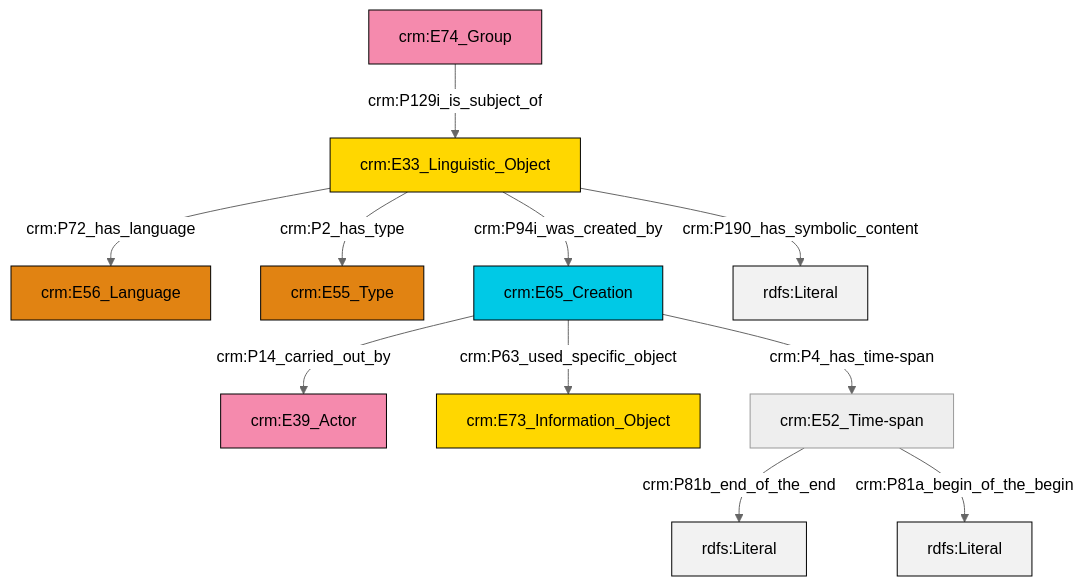
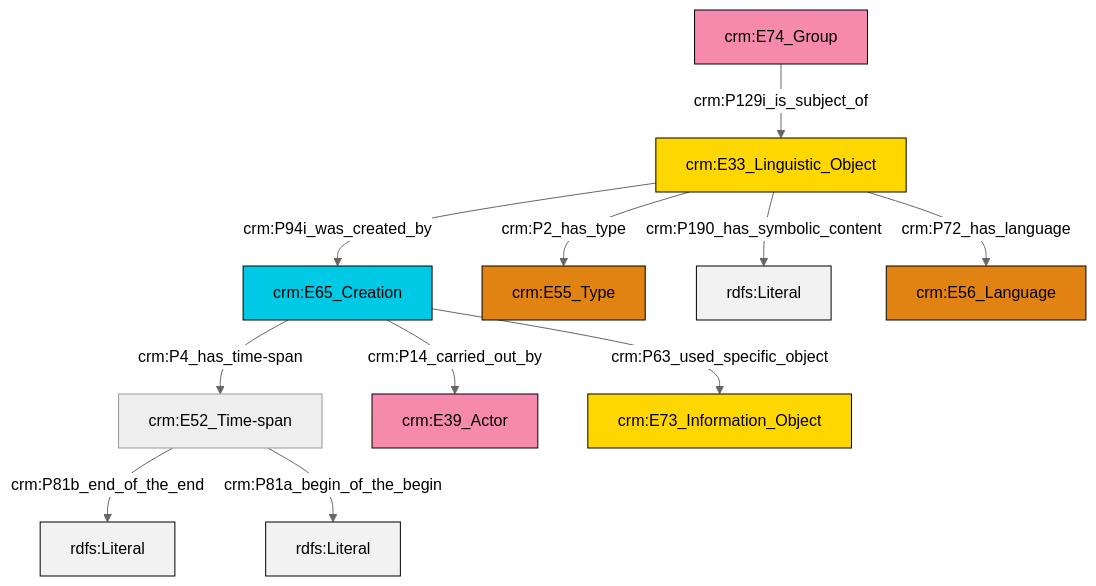
One commit to swiss-art-research-net/docs.swissartresearch changed the diagram in et/groupCSV/ttl/mmd/group_description.ttl.mmd. Above: the diagram before and after it, drawn with Mermaid (neutral theme). The commit also changed 171 other files, not shown here.

```diff
--- a/et/groupCSV/ttl/mmd/group_description.ttl.mmd
+++ b/et/groupCSV/ttl/mmd/group_description.ttl.mmd
@@ -1,25 +1,25 @@
 graph TD
 classDef Literal fill:#f2f2f2,stroke:#000000;
 classDef CRM_Entity fill:#FFFFFF,stroke:#000000;
 classDef Temporal_Entity fill:#00C9E6, stroke:#000000;
 classDef Type fill:#E18312, stroke:#000000;
 classDef Time-Span fill:#2C9C91, stroke:#000000;
 classDef Appellation fill:#FFEB7F, stroke:#000000;
 classDef Place fill:#008836, stroke:#000000;
 classDef Persistent_Item fill:#B266B2, stroke:#000000;
 classDef Conceptual_Object fill:#FFD700, stroke:#000000;
 classDef Physical_Thing fill:#D2B48C, stroke:#000000;
 classDef Actor fill:#f58aad, stroke:#000000;
 classDef PC_Classes fill:#4ce600, stroke:#000000;
 classDef Multi fill:#cccccc,stroke:#000000;
 
-0["crm:E33_Linguistic_Object"]:::Conceptual_Object -->|crm:P72_has_language| 1["crm:E56_Language"]:::Type
-0["crm:E33_Linguistic_Object"]:::Conceptual_Object -->|crm:P2_has_type| 2["crm:E55_Type"]:::Type
-0["crm:E33_Linguistic_Object"]:::Conceptual_Object -->|crm:P94i_was_created_by| 8["crm:E65_Creation"]:::Temporal_Entity
-8["crm:E65_Creation"]:::Temporal_Entity -->|crm:P14_carried_out_by| 4["crm:E39_Actor"]:::Actor
-11["crm:E52_Time-span"]:::Default -->|crm:P81b_end_of_the_end| 12[rdfs:Literal]:::Literal
-0["crm:E33_Linguistic_Object"]:::Conceptual_Object -->|crm:P190_has_symbolic_content| 13[rdfs:Literal]:::Literal
-8["crm:E65_Creation"]:::Temporal_Entity -->|crm:P63_used_specific_object| 6["crm:E73_Information_Object"]:::Conceptual_Object
-15["crm:E74_Group"]:::Actor -->|crm:P129i_is_subject_of| 0["crm:E33_Linguistic_Object"]:::Conceptual_Object
-8["crm:E65_Creation"]:::Temporal_Entity -->|crm:P4_has_time-span| 11["crm:E52_Time-span"]:::Default
-11["crm:E52_Time-span"]:::Default -->|crm:P81a_begin_of_the_begin| 18[rdfs:Literal]:::Literal
+0["crm:E65_Creation"]:::Temporal_Entity -->|crm:P4_has_time-span| 1["crm:E52_Time-span"]:::Default
+6["crm:E74_Group"]:::Actor -->|crm:P129i_is_subject_of| 4["crm:E33_Linguistic_Object"]:::Conceptual_Object
+4["crm:E33_Linguistic_Object"]:::Conceptual_Object -->|crm:P94i_was_created_by| 0["crm:E65_Creation"]:::Temporal_Entity
+1["crm:E52_Time-span"]:::Default -->|crm:P81b_end_of_the_end| 8[rdfs:Literal]:::Literal
+4["crm:E33_Linguistic_Object"]:::Conceptual_Object -->|crm:P2_has_type| 11["crm:E55_Type"]:::Type
+4["crm:E33_Linguistic_Object"]:::Conceptual_Object -->|crm:P190_has_symbolic_content| 13[rdfs:Literal]:::Literal
+1["crm:E52_Time-span"]:::Default -->|crm:P81a_begin_of_the_begin| 14[rdfs:Literal]:::Literal
+4["crm:E33_Linguistic_Object"]:::Conceptual_Object -->|crm:P72_has_language| 15["crm:E56_Language"]:::Type
+0["crm:E65_Creation"]:::Temporal_Entity -->|crm:P63_used_specific_object| 9["crm:E73_Information_Object"]:::Conceptual_Object
+0["crm:E65_Creation"]:::Temporal_Entity -->|crm:P14_carried_out_by| 2["crm:E39_Actor"]:::Actor
```
